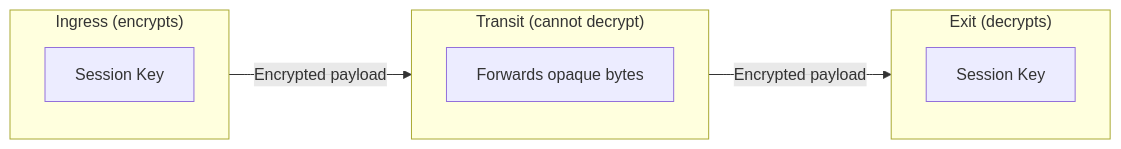
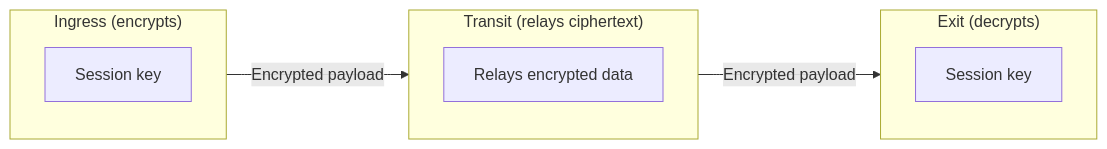
Before and after one commit to Muti-Metroo/Muti-Metroo: the second of 2 diagrams in docs/docs/concepts/streams.md, drawn with Mermaid. The commit also changed other lines of this file and 156 other files, not shown here.

````diff
--- a/docs/docs/concepts/streams.md
+++ b/docs/docs/concepts/streams.md
@@ -52,17 +51,17 @@
 ```mermaid
 flowchart LR
     subgraph Ingress["Ingress (encrypts)"]
-        K1["Session Key"]
+        K1["Session key"]
     end
 
-    subgraph Transit["Transit (cannot decrypt)"]
-        Relay["Forwards opaque bytes"]
+    subgraph Transit["Transit (relays ciphertext)"]
+        Relay["Relays encrypted data"]
     end
 
     subgraph Exit["Exit (decrypts)"]
-        K2["Session Key"]
+        K2["Session key"]
     end
 
     Ingress -->|"Encrypted payload"| Transit
     Transit -->|"Encrypted payload"| Exit
 ```
````
